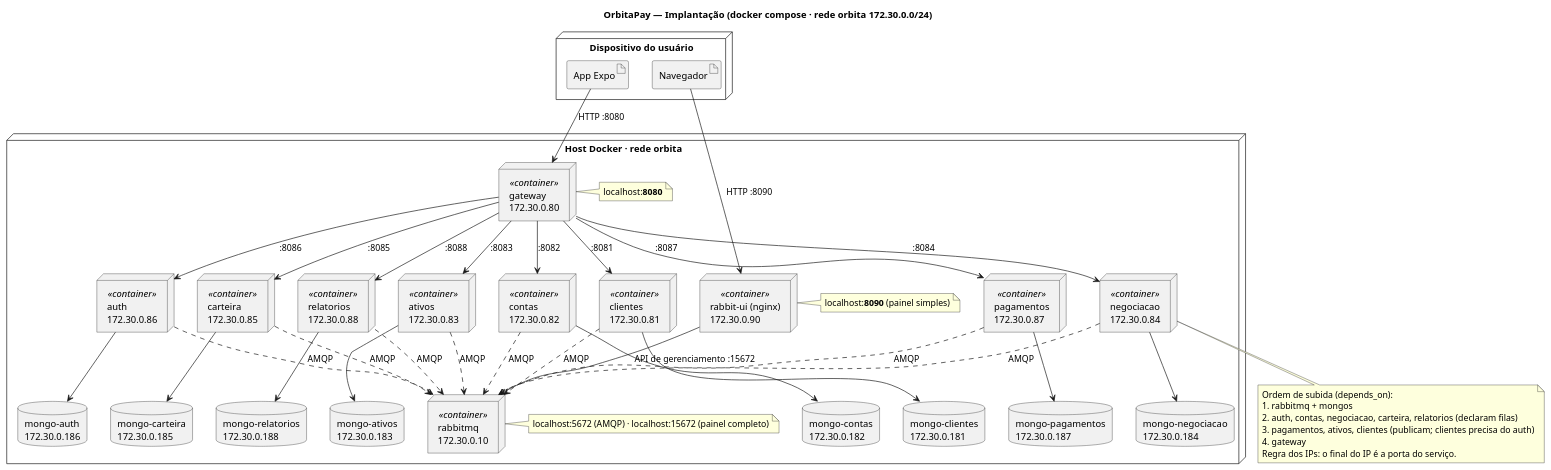
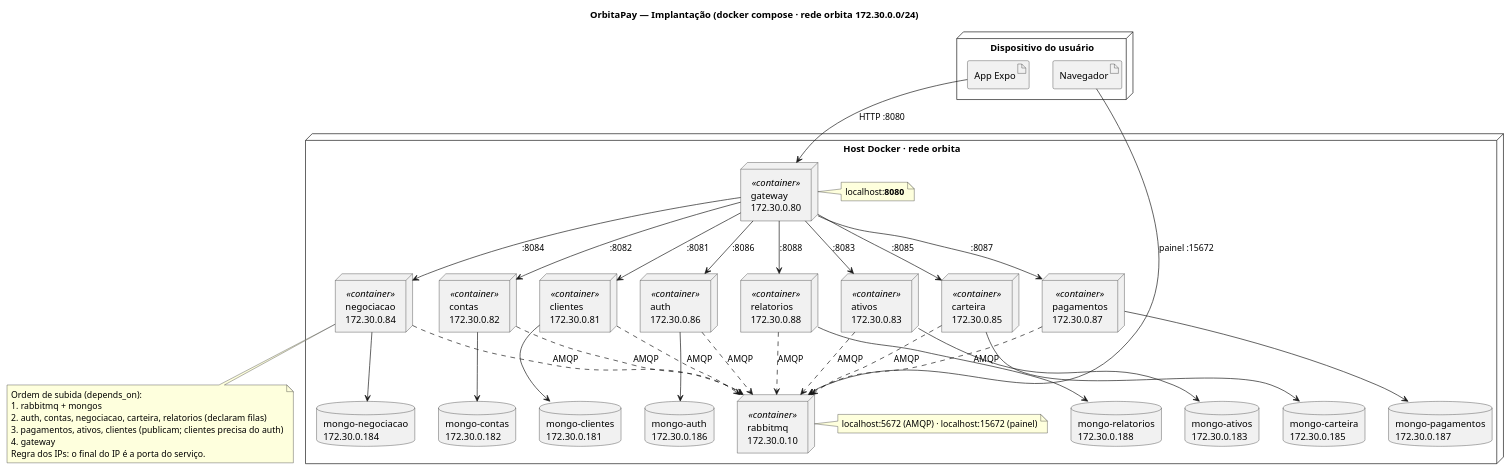
Before and after one commit to Endrigogustavo/OrbitaPay: the diagram in docs/plantuml/03-implantacao.puml, drawn with PlantUML. The commit also changed 7 other files, not shown here.

```diff
--- a/docs/plantuml/03-implantacao.puml
+++ b/docs/plantuml/03-implantacao.puml
@@ -1,79 +1,75 @@
 @startuml 03-implantacao
 title OrbitaPay — Implantação (docker compose · rede orbita 172.30.0.0/24)
 
 skinparam shadowing false
 skinparam defaultFontName "Segoe UI"
 
 node "Dispositivo do usuário" {
   artifact "App Expo" as app
   artifact "Navegador" as nav
 }
 
 node "Host Docker · rede orbita" {
   node "gateway\n172.30.0.80" as gw <<container>>
   note right of gw : localhost:**8080**
 
   node "rabbitmq\n172.30.0.10" as mq <<container>>
-  note right of mq : localhost:5672 (AMQP) · localhost:15672 (painel completo)
-
-  node "rabbit-ui (nginx)\n172.30.0.90" as ui <<container>>
-  note right of ui : localhost:**8090** (painel simples)
+  note right of mq : localhost:5672 (AMQP) · localhost:15672 (painel)
 
   node "auth\n172.30.0.86" as aut <<container>>
   node "clientes\n172.30.0.81" as cli <<container>>
   node "contas\n172.30.0.82" as con <<container>>
   node "ativos\n172.30.0.83" as atv <<container>>
   node "negociacao\n172.30.0.84" as neg <<container>>
   node "carteira\n172.30.0.85" as car <<container>>
   node "pagamentos\n172.30.0.87" as pag <<container>>
   node "relatorios\n172.30.0.88" as rel <<container>>
 
   database "mongo-auth\n172.30.0.186" as m0
   database "mongo-clientes\n172.30.0.181" as m1
   database "mongo-contas\n172.30.0.182" as m2
   database "mongo-ativos\n172.30.0.183" as m3
   database "mongo-negociacao\n172.30.0.184" as m4
   database "mongo-carteira\n172.30.0.185" as m5
   database "mongo-pagamentos\n172.30.0.187" as m6
   database "mongo-relatorios\n172.30.0.188" as m7
 }
 
 app --> gw : HTTP :8080
-nav --> ui : HTTP :8090
-ui --> mq : API de gerenciamento :15672
+nav --> mq : painel :15672
 gw --> aut : :8086
 gw --> cli : :8081
 gw --> con : :8082
 gw --> atv : :8083
 gw --> neg : :8084
 gw --> car : :8085
 gw --> pag : :8087
 gw --> rel : :8088
 
 aut --> m0
 cli --> m1
 con --> m2
 atv --> m3
 neg --> m4
 car --> m5
 pag --> m6
 rel --> m7
 
 aut ..> mq : AMQP
 cli ..> mq : AMQP
 con ..> mq : AMQP
 atv ..> mq : AMQP
 neg ..> mq : AMQP
 car ..> mq : AMQP
 pag ..> mq : AMQP
 rel ..> mq : AMQP
 
 note bottom of neg
   Ordem de subida (depends_on):
   1. rabbitmq + mongos
   2. auth, contas, negociacao, carteira, relatorios (declaram filas)
   3. pagamentos, ativos, clientes (publicam; clientes precisa do auth)
   4. gateway
   Regra dos IPs: o final do IP é a porta do serviço.
 end note
 @enduml
```
